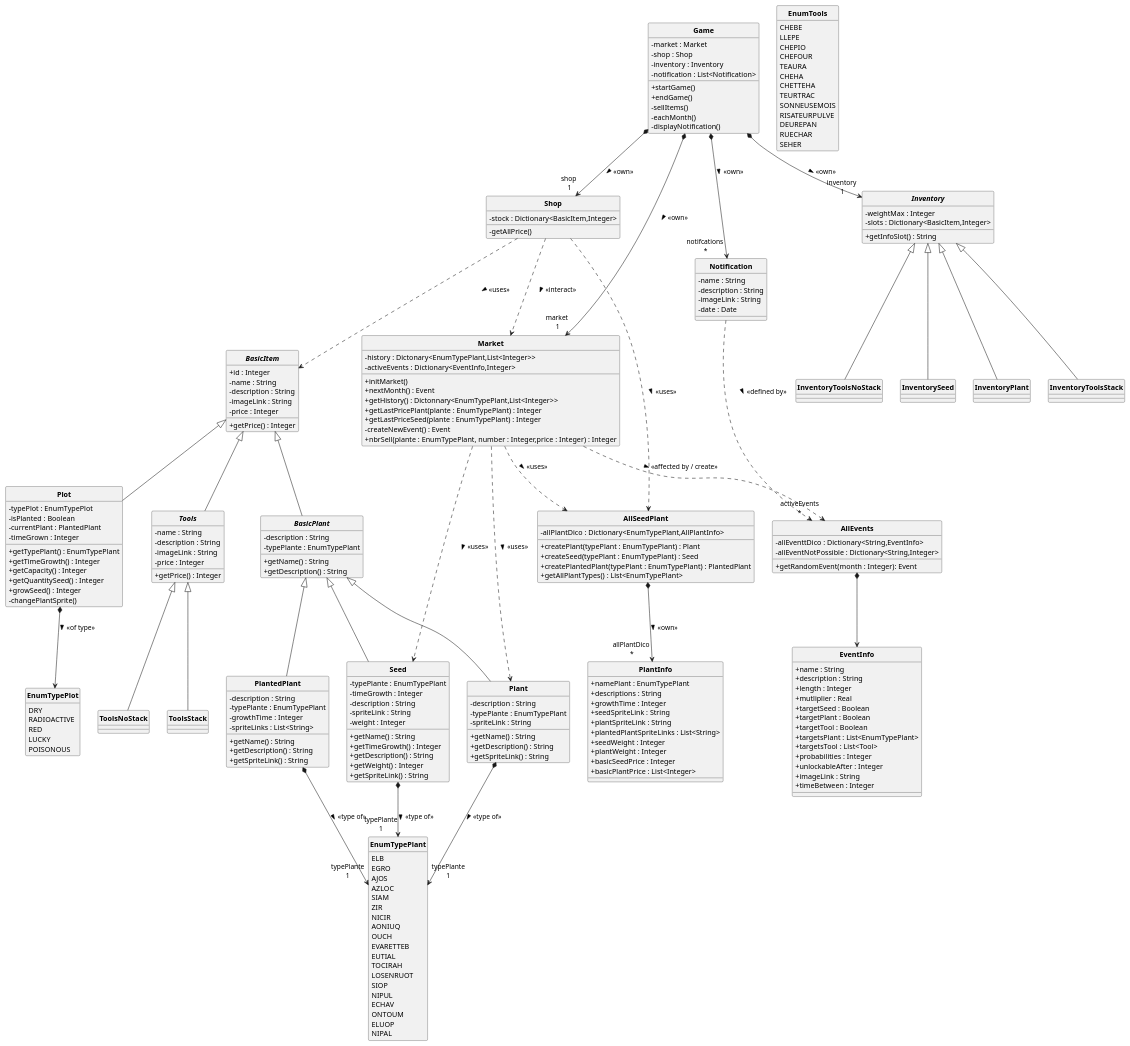
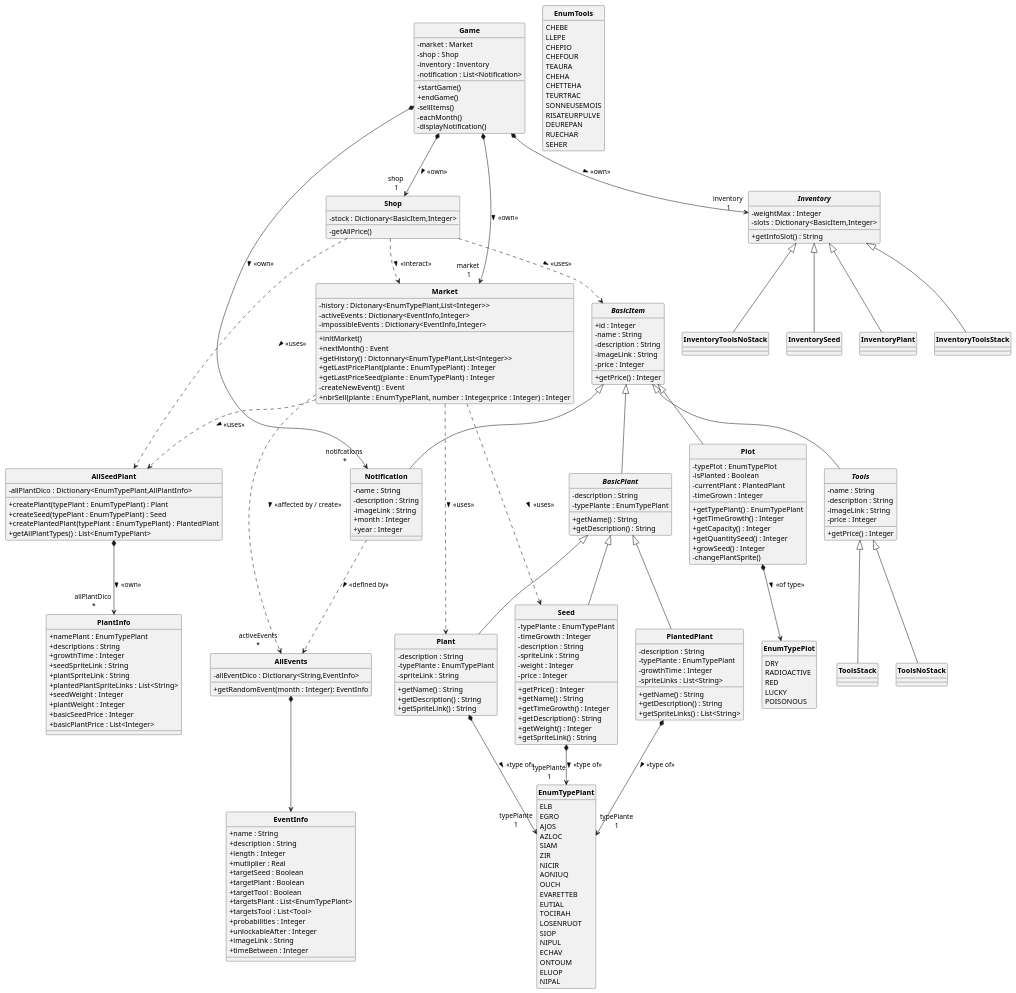
The diagram in Mars_classe.puml (SharkyFlou/mars-griculteur), drawn with PlantUML before and after one commit. The commit also changed 1 other file, not shown here.

```diff
--- a/Mars_classe.puml
+++ b/Mars_classe.puml
@@ -88,6 +88,8 @@
     - description : String
     - spriteLink : String
     - weight : Integer
+    - price : Integer
+    + getPrice() : Integer
     + getName() : String
     + getTimeGrowth() : Integer
     + getDescription() : String
@@ -111,7 +113,7 @@
     - spriteLinks : List<String>
     + getName() : String
     + getDescription() : String
-    + getSpriteLink() : String
+    + getSpriteLinks() : List<String>
 }
 
 enum EnumTypePlant{
@@ -191,16 +193,18 @@
 
 }
 
-class Notification{
+class Notification extends BasicItem{
     - name : String
     - description : String
     - imageLink : String
-    - date : Date
+    + month : Integer
+    + year : Integer
 }
 
 class Market{
     - history : Dictonary<EnumTypePlant,List<Integer>>
     - activeEvents : Dictionary<EventInfo,Integer>
+    - impossibleEvents : Dictionary<EventInfo,Integer>
 
     'Est executé au lancement de l'appli, recup l'historique des prix et des events
     + initMarket()
@@ -214,9 +218,8 @@
 
 
 class AllEvents {
-    - allEventtDico : Dictionary<String,EventInfo>
-    - allEventNotPossible : Dictionary<String,Integer>
-    + getRandomEvent(month : Integer): Event
+    - allEventDico : Dictionary<String,EventInfo>
+    + getRandomEvent(month : Integer): EventInfo
 }
 
 
```
